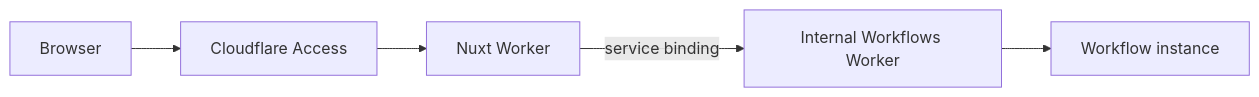
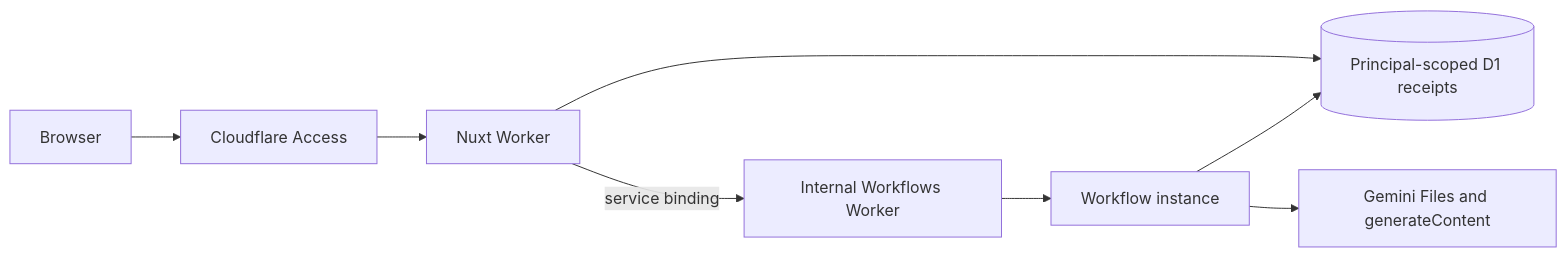
Before and after one commit to jchu96/frame-of-mind: the seventh of 9 diagrams in docs/ARCHITECTURE.md, drawn with Mermaid. The commit also changed other lines of this file and 6 other files, not shown here.

````diff
--- a/docs/ARCHITECTURE.md
+++ b/docs/ARCHITECTURE.md
@@ -713,11 +714,16 @@
 ```mermaid
 flowchart LR
     Browser[Browser]
     Access[Cloudflare Access]
     Nuxt[Nuxt Worker]
     WorkflowService[Internal Workflows Worker]
     Workflow[Workflow instance]
+    Gemini[Gemini Files and generateContent]
+    D1[(Principal-scoped D1 receipts)]
 
     Browser --> Access --> Nuxt
     Nuxt -->|service binding| WorkflowService --> Workflow
+    Nuxt --> D1
+    Workflow --> D1
+    Workflow --> Gemini
 ```
````
